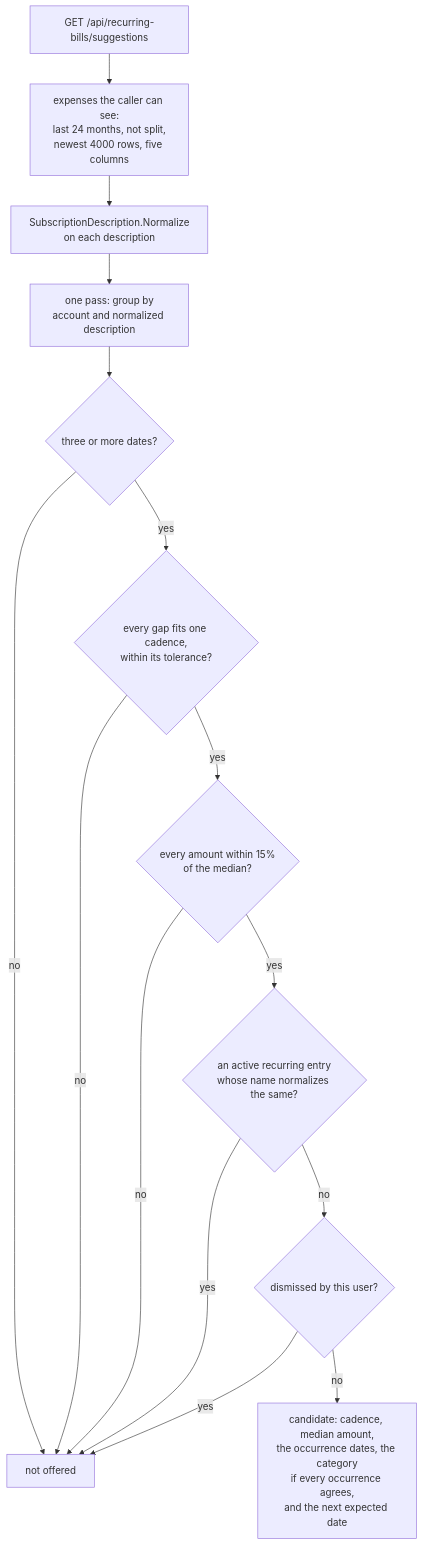
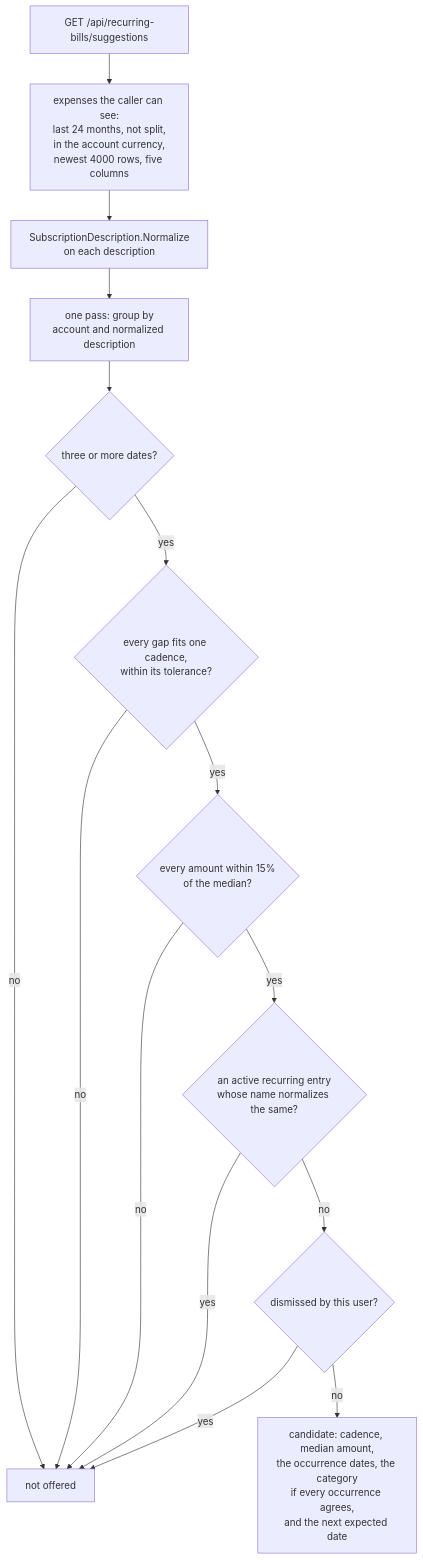
Before and after one commit to Justxs/Jx-Finance: the third of 4 diagrams in docs/features/13. Recurring bills.md, drawn with Mermaid. The commit also changed other lines of this file and 23 other files, not shown here.

````diff
--- a/docs/features/13. Recurring bills.md
+++ b/docs/features/13. Recurring bills.md
@@ -77,17 +80,17 @@
 ```mermaid
 flowchart TD
-    Get["GET /api/recurring-bills/suggestions"] --> Read["expenses the caller can see:<br/>last 24 months, not split,<br/>newest 4000 rows, five columns"]
+    Get["GET /api/recurring-bills/suggestions"] --> Read["expenses the caller can see:<br/>last 24 months, not split,<br/>in the account currency,<br/>newest 4000 rows, five columns"]
     Read --> Norm["SubscriptionDescription.Normalize<br/>on each description"]
     Norm --> Group["one pass: group by<br/>account and normalized description"]
     Group --> Count{"three or more dates?"}
     Count -->|"no"| Drop["not offered"]
     Count -->|"yes"| Cad{"every gap fits one cadence,<br/>within its tolerance?"}
     Cad -->|"no"| Drop
     Cad -->|"yes"| Amt{"every amount within 15%<br/>of the median?"}
     Amt -->|"no"| Drop
     Amt -->|"yes"| Cover{"an active recurring entry<br/>whose name normalizes the same?"}
     Cover -->|"yes"| Drop
     Cover -->|"no"| Dism{"dismissed by this user?"}
     Dism -->|"yes"| Drop
     Dism -->|"no"| Cand["candidate: cadence, median amount,<br/>the occurrence dates, the category<br/>if every occurrence agrees,<br/>and the next expected date"]
 ```
````
